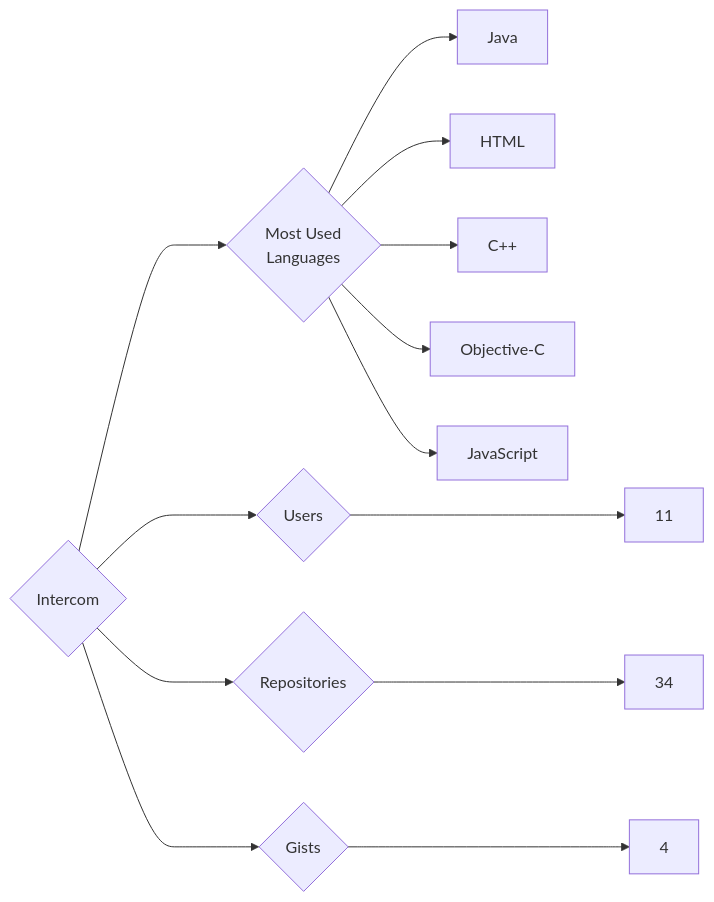
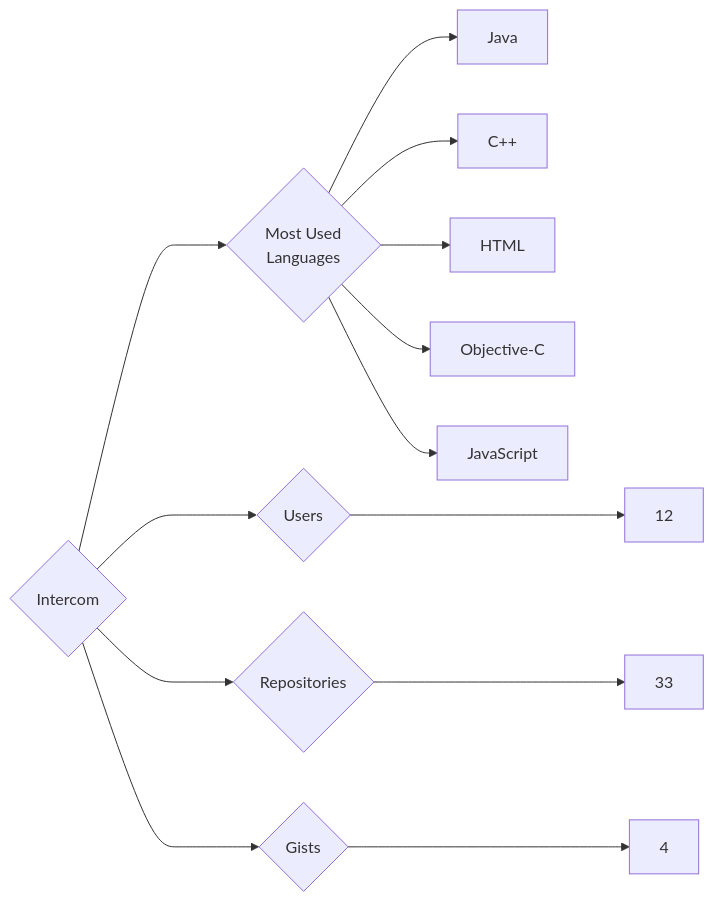
One commit to trickest/insiders changed the diagram in targets/Intercom/README.md. Above: the diagram before and after it, drawn with Mermaid. The commit also changed 1092 other files, not shown here.

````diff
--- a/targets/Intercom/README.md
+++ b/targets/Intercom/README.md
@@ -3,13 +3,13 @@
 ```mermaid
 graph LR
 COMPANY_NAME{Intercom}
-COMPANY_NAME ---> U{Users} ---> UN[11]
-COMPANY_NAME ---> R{Repositories} ---> RN[34]
+COMPANY_NAME ---> U{Users} ---> UN[12]
+COMPANY_NAME ---> R{Repositories} ---> RN[33]
 COMPANY_NAME ---> G{Gists} ---> GN[4]
 COMPANY_NAME ---> ML{Most Used<br>Languages}
 ML --> Java[Java]
+ML --> C++[C++]
 ML --> HTML[HTML]
-ML --> C++[C++]
 ML --> Objective-C[Objective-C]
 ML --> JavaScript[JavaScript]
 ```
````
